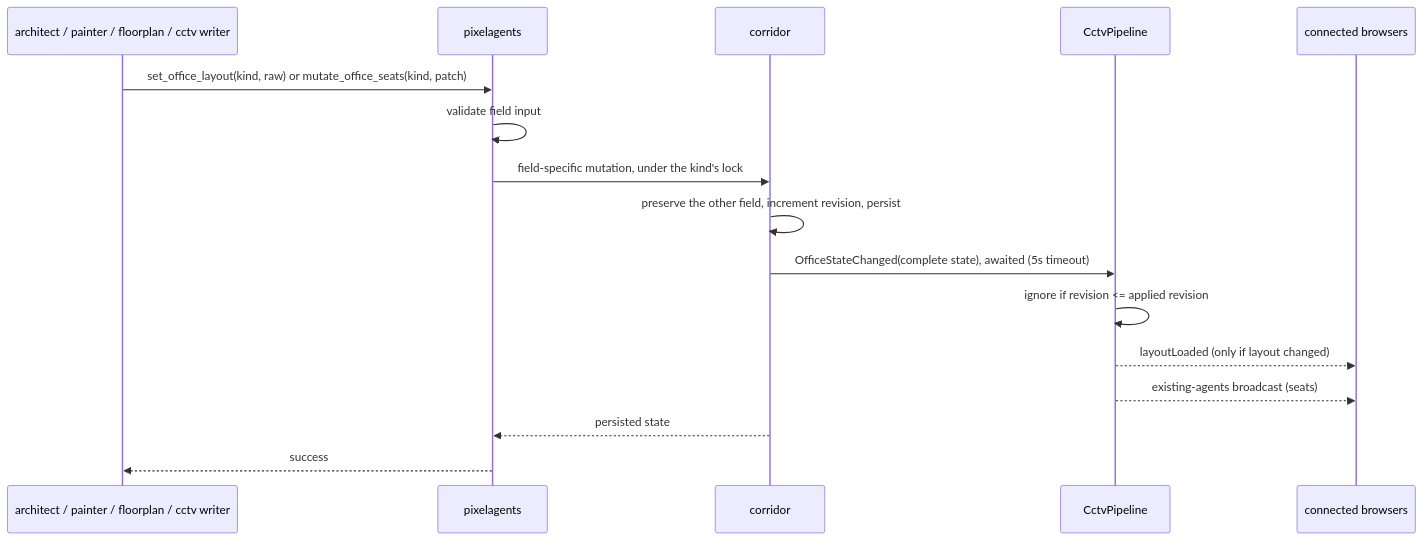
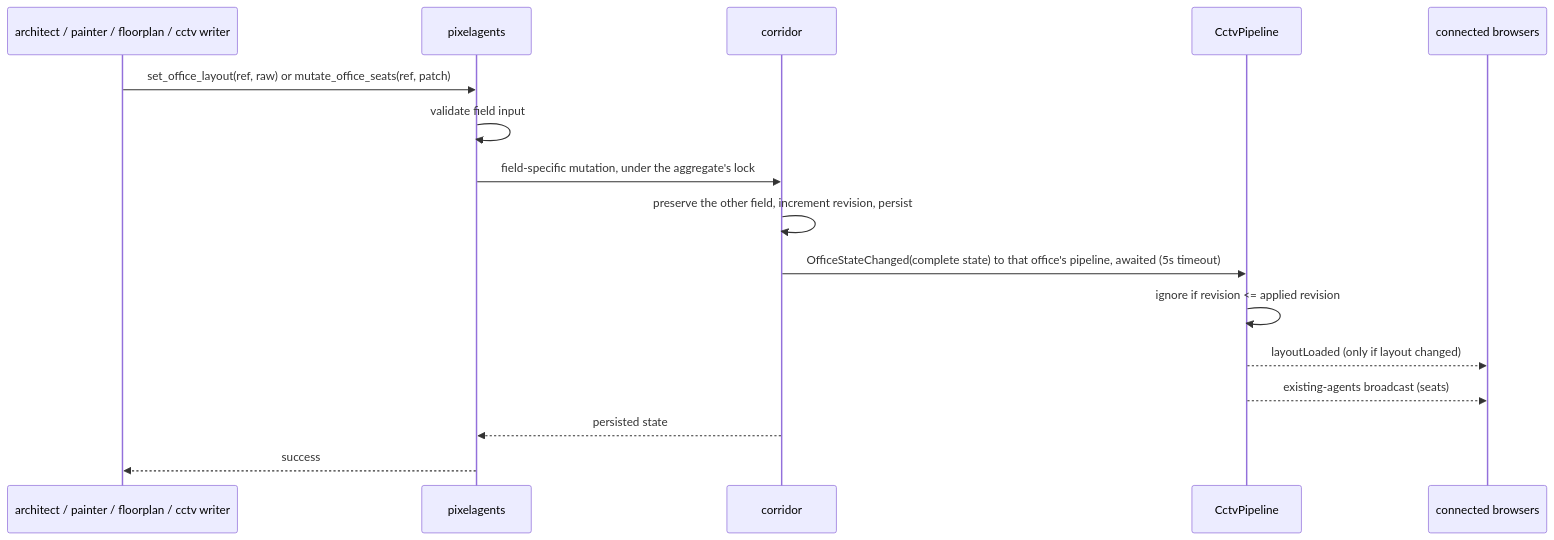
The third of 6 diagrams in docs/cctv-design.md (pixel-agents-hq/pixel-agents-cogs), drawn with Mermaid before and after one commit. The commit also changed other lines of this file and 74 other files, not shown here.

````diff
--- a/docs/cctv-design.md
+++ b/docs/cctv-design.md
@@ -344,19 +376,19 @@
 ```mermaid
 sequenceDiagram
     participant W as architect / painter / floorplan / cctv writer
     participant PA as pixelagents
     participant Co as corridor
     participant Pi as CctvPipeline
     participant B as connected browsers
 
-    W->>PA: set_office_layout(kind, raw) or mutate_office_seats(kind, patch)
+    W->>PA: set_office_layout(ref, raw) or mutate_office_seats(ref, patch)
     PA->>PA: validate field input
-    PA->>Co: field-specific mutation, under the kind's lock
+    PA->>Co: field-specific mutation, under the aggregate's lock
     Co->>Co: preserve the other field, increment revision, persist
-    Co->>Pi: OfficeStateChanged(complete state), awaited (5s timeout)
+    Co->>Pi: OfficeStateChanged(complete state) to that office's pipeline, awaited (5s timeout)
     Pi->>Pi: ignore if revision <= applied revision
     Pi-->>B: layoutLoaded (only if layout changed)
     Pi-->>B: existing-agents broadcast (seats)
     Co-->>PA: persisted state
     PA-->>W: success
 ```
````
